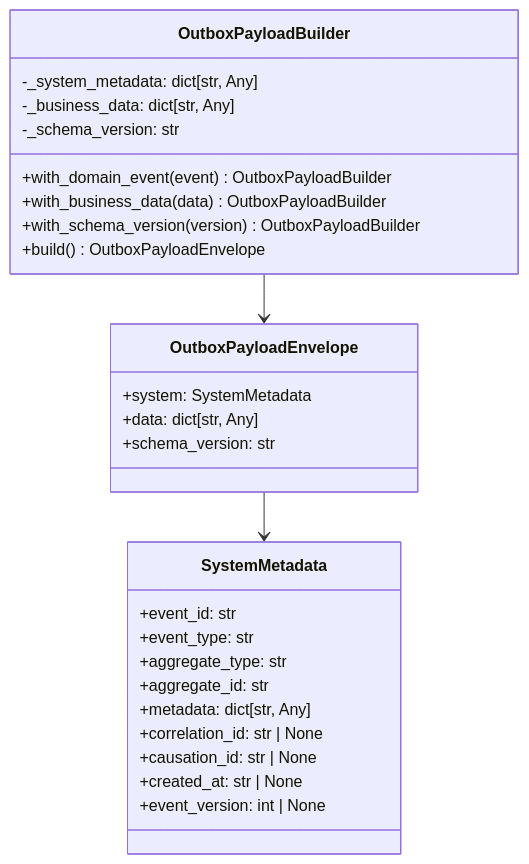
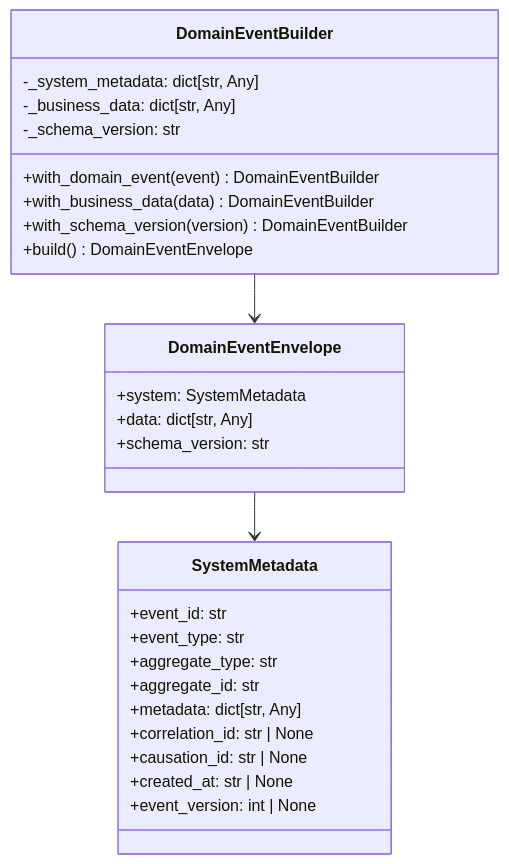
The third of 52 diagrams in apps/backend/src/agents/orchestrator/README.md (zhiyue/infinite-scribe), drawn with Mermaid before and after one commit. The commit also changed other lines of this file and 22 other files, not shown here.

````diff
--- a/apps/backend/src/agents/orchestrator/README.md
+++ b/apps/backend/src/agents/orchestrator/README.md
@@ -76,33 +76,33 @@
 ```mermaid
 classDiagram
     class SystemMetadata {
         +event_id: str
         +event_type: str
         +aggregate_type: str
         +aggregate_id: str
         +metadata: dict[str, Any]
         +correlation_id: str | None
         +causation_id: str | None
         +created_at: str | None
         +event_version: int | None
     }
     
-    class OutboxPayloadEnvelope {
+    class DomainEventEnvelope {
         +system: SystemMetadata
         +data: dict[str, Any]
         +schema_version: str
     }
-    
-    class OutboxPayloadBuilder {
+
+    class DomainEventBuilder {
         -_system_metadata: dict[str, Any]
         -_business_data: dict[str, Any]
         -_schema_version: str
-        +with_domain_event(event) OutboxPayloadBuilder
-        +with_business_data(data) OutboxPayloadBuilder
-        +with_schema_version(version) OutboxPayloadBuilder
-        +build() OutboxPayloadEnvelope
+        +with_domain_event(event) DomainEventBuilder
+        +with_business_data(data) DomainEventBuilder
+        +with_schema_version(version) DomainEventBuilder
+        +build() DomainEventEnvelope
     }
-    
-    OutboxPayloadBuilder --> OutboxPayloadEnvelope
-    OutboxPayloadEnvelope --> SystemMetadata
+
+    DomainEventBuilder --> DomainEventEnvelope
+    DomainEventEnvelope --> SystemMetadata
 ```
````
